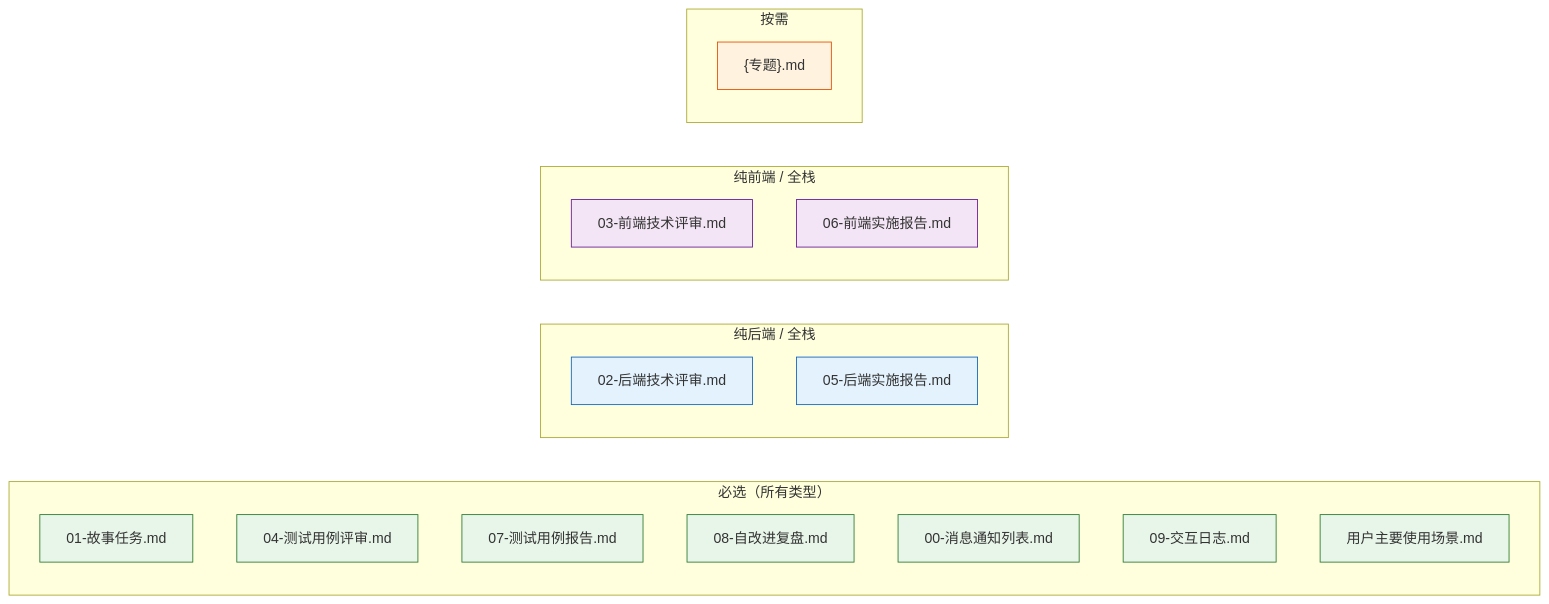
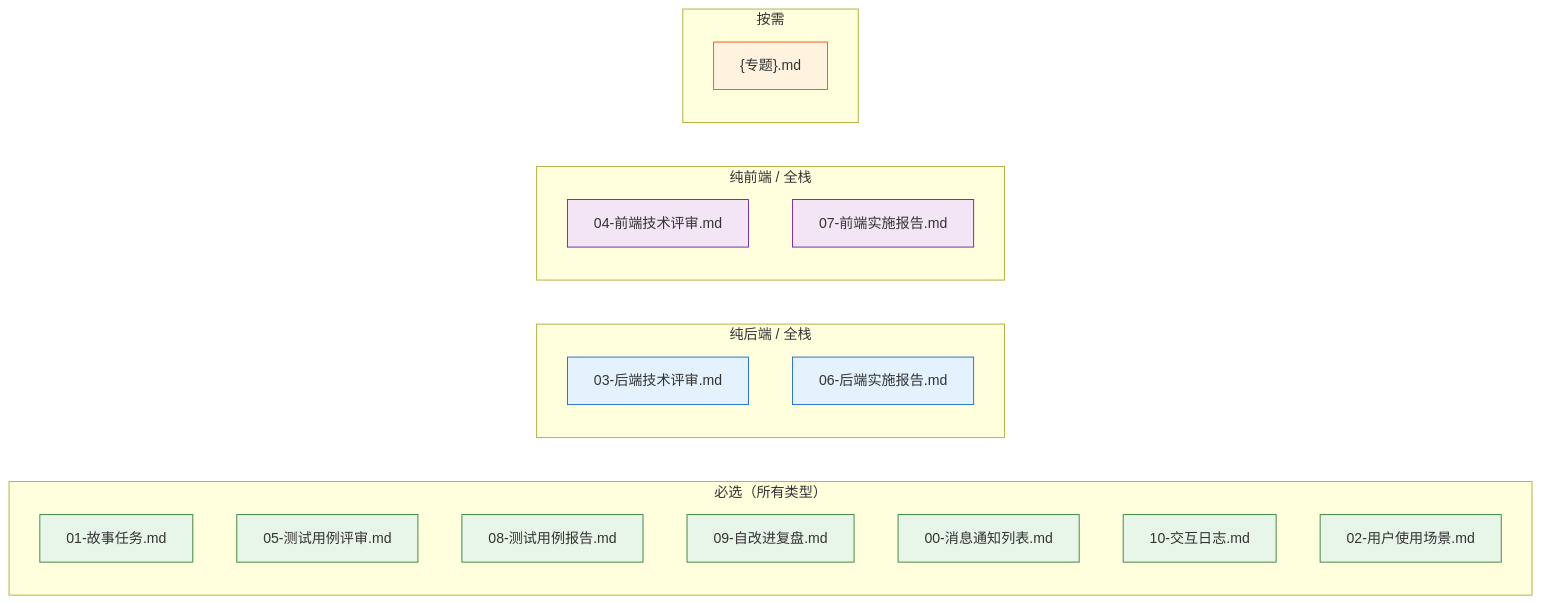
Before and after one commit to effiy/YrY: the first of 5 diagrams in skills/rui/coder.md, drawn with Mermaid. The commit also changed other lines of this file and 11 other files, not shown here.

````diff
--- a/skills/rui/coder.md
+++ b/skills/rui/coder.md
@@ -18,28 +18,28 @@
 ```mermaid
 flowchart LR
     subgraph 必选["必选（所有类型）"]
         B1["01-故事任务.md"]:::must
-        B2["04-测试用例评审.md"]:::must
-        B3["07-测试用例报告.md"]:::must
-        B4["08-自改进复盘.md"]:::must
+        B2["05-测试用例评审.md"]:::must
+        B3["08-测试用例报告.md"]:::must
+        B4["09-自改进复盘.md"]:::must
         B5["00-消息通知列表.md"]:::must
-        B6["09-交互日志.md"]:::must
-        B7["用户主要使用场景.md"]:::must
+        B6["10-交互日志.md"]:::must
+        B7["02-用户使用场景.md"]:::must
     end
     subgraph 后端["纯后端 / 全栈"]
-        C1["02-后端技术评审.md"]:::be
-        C2["05-后端实施报告.md"]:::be
+        C1["03-后端技术评审.md"]:::be
+        C2["06-后端实施报告.md"]:::be
     end
     subgraph 前端["纯前端 / 全栈"]
-        D1["03-前端技术评审.md"]:::fe
-        D2["06-前端实施报告.md"]:::fe
+        D1["04-前端技术评审.md"]:::fe
+        D2["07-前端实施报告.md"]:::fe
     end
     subgraph 补充["按需"]
         E1["{专题}.md"]:::supp
     end
 
     classDef must fill:#e8f5e9,stroke:#2e7d32;
     classDef be fill:#e3f2fd,stroke:#1565c0;
     classDef fe fill:#f3e5f5,stroke:#6a1b9a;
     classDef supp fill:#fff3e0,stroke:#e65100;
 ```
````
